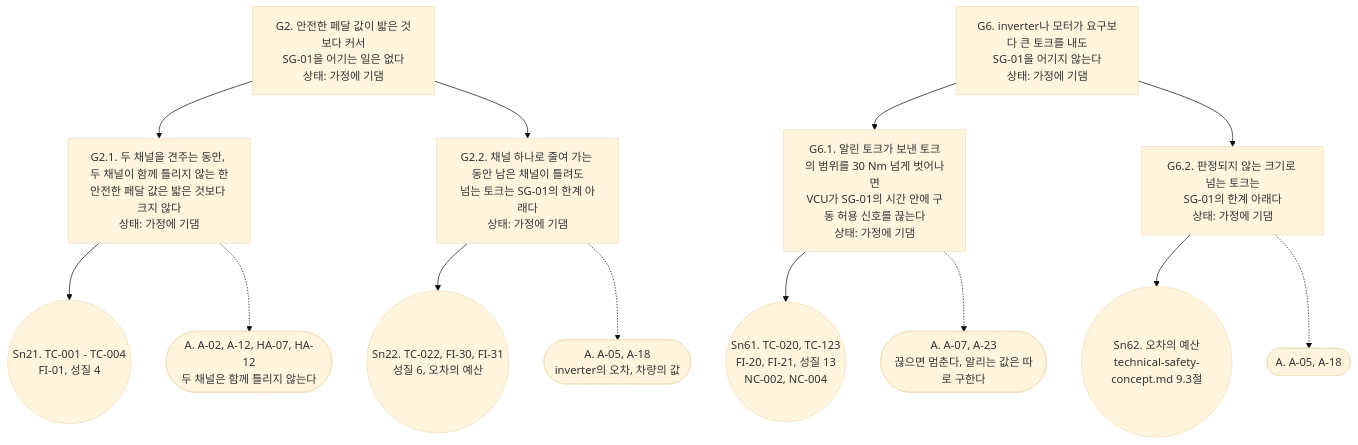
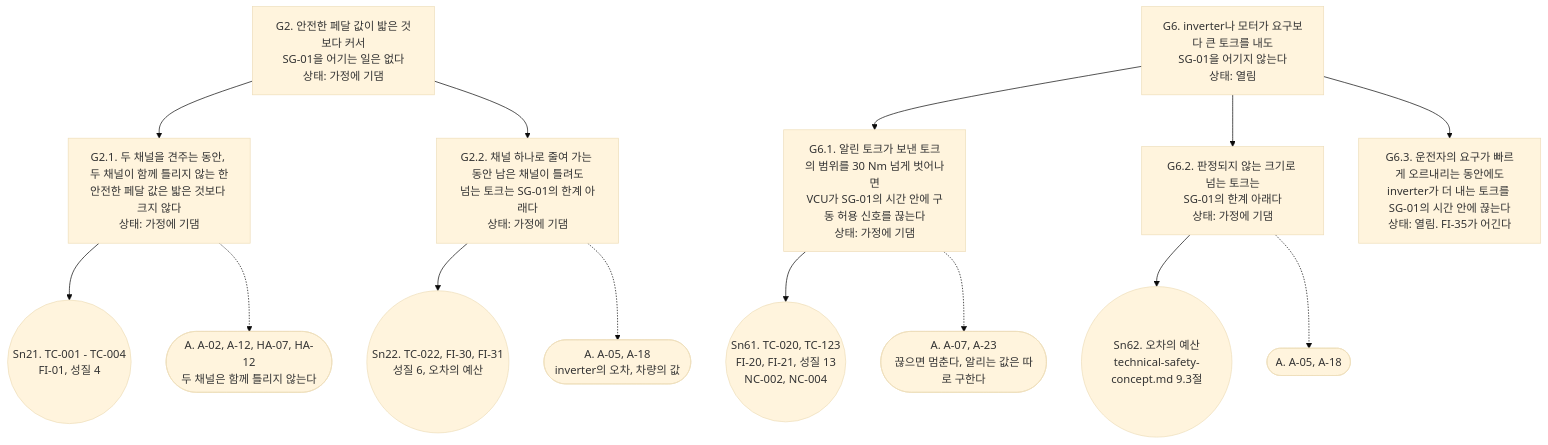
The second of 5 diagrams in example/drive-torque/docs/safety-case.md (danielhongwoo/fusa), drawn with Mermaid (base theme) before and after one commit. The commit also changed other lines of this file and 12 other files, not shown here.

````diff
--- a/example/drive-torque/docs/safety-case.md
+++ b/example/drive-torque/docs/safety-case.md
@@ -106,29 +106,31 @@
 ```mermaid
 flowchart TD
     G2["G2. 안전한 페달 값이 밟은 것보다 커서<br/>SG-01을 어기는 일은 없다<br/>상태: 가정에 기댐"]
     G2_1["G2.1. 두 채널을 견주는 동안, 두 채널이 함께 틀리지 않는 한<br/>안전한 페달 값은 밟은 것보다 크지 않다<br/>상태: 가정에 기댐"]
     G2_2["G2.2. 채널 하나로 줄여 가는 동안 남은 채널이 틀려도<br/>넘는 토크는 SG-01의 한계 아래다<br/>상태: 가정에 기댐"]
     Sn21(("Sn21. TC-001 - TC-004<br/>FI-01, 성질 4"))
     Sn22(("Sn22. TC-022, FI-30, FI-31<br/>성질 6, 오차의 예산"))
     A21(["A. A-02, A-12, HA-07, HA-12<br/>두 채널은 함께 틀리지 않는다"])
     A22(["A. A-05, A-18<br/>inverter의 오차, 차량의 값"])
-    G6["G6. inverter나 모터가 요구보다 큰 토크를 내도<br/>SG-01을 어기지 않는다<br/>상태: 가정에 기댐"]
+    G6["G6. inverter나 모터가 요구보다 큰 토크를 내도<br/>SG-01을 어기지 않는다<br/>상태: 열림"]
     G6_1["G6.1. 알린 토크가 보낸 토크의 범위를 30 Nm 넘게 벗어나면<br/>VCU가 SG-01의 시간 안에 구동 허용 신호를 끊는다<br/>상태: 가정에 기댐"]
     G6_2["G6.2. 판정되지 않는 크기로 넘는 토크는<br/>SG-01의 한계 아래다<br/>상태: 가정에 기댐"]
+    G6_3["G6.3. 운전자의 요구가 빠르게 오르내리는 동안에도<br/>inverter가 더 내는 토크를 SG-01의 시간 안에 끊는다<br/>상태: 열림. FI-35가 어긴다"]
     Sn61(("Sn61. TC-020, TC-123<br/>FI-20, FI-21, 성질 13<br/>NC-002, NC-004"))
     Sn62(("Sn62. 오차의 예산<br/>technical-safety-concept.md 9.3절"))
     A61(["A. A-07, A-23<br/>끊으면 멈춘다, 알리는 값은 따로 구한다"])
     A62(["A. A-05, A-18"])
     G2 --> G2_1
     G2 --> G2_2
     G2_1 --> Sn21
     G2_1 -.-> A21
     G2_2 --> Sn22
     G2_2 -.-> A22
     G6 --> G6_1
     G6 --> G6_2
+    G6 --> G6_3
     G6_1 --> Sn61
     G6_1 -.-> A61
     G6_2 --> Sn62
     G6_2 -.-> A62
 ```
````
